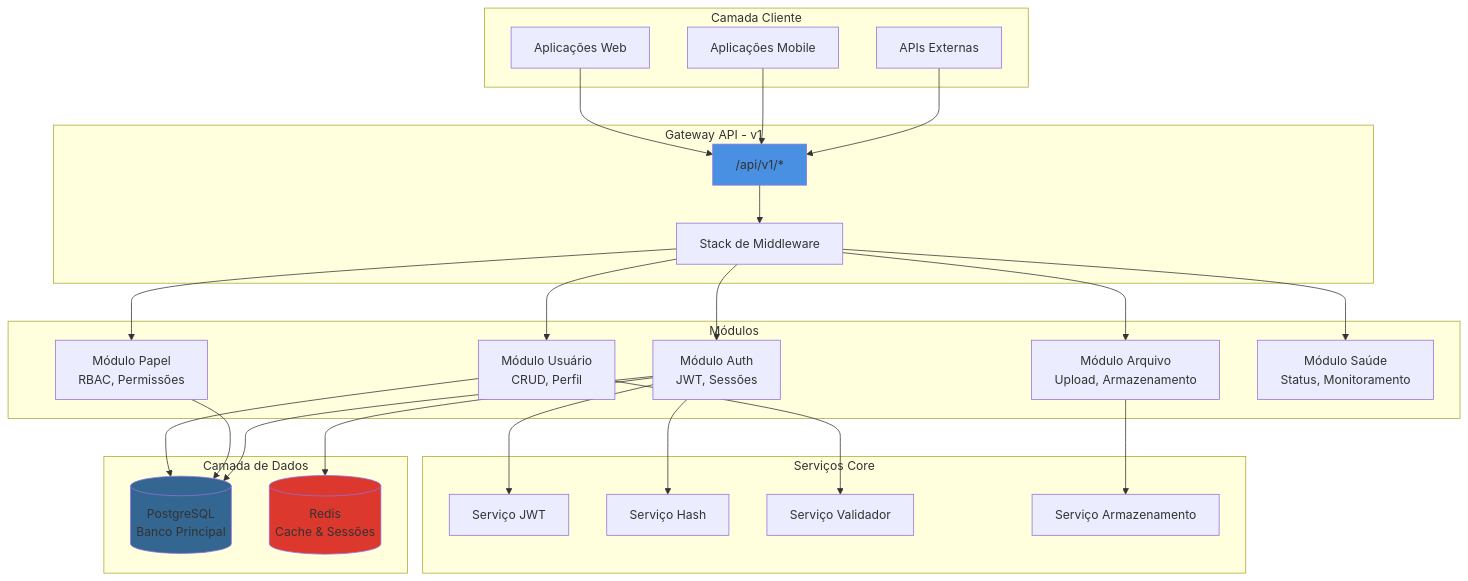
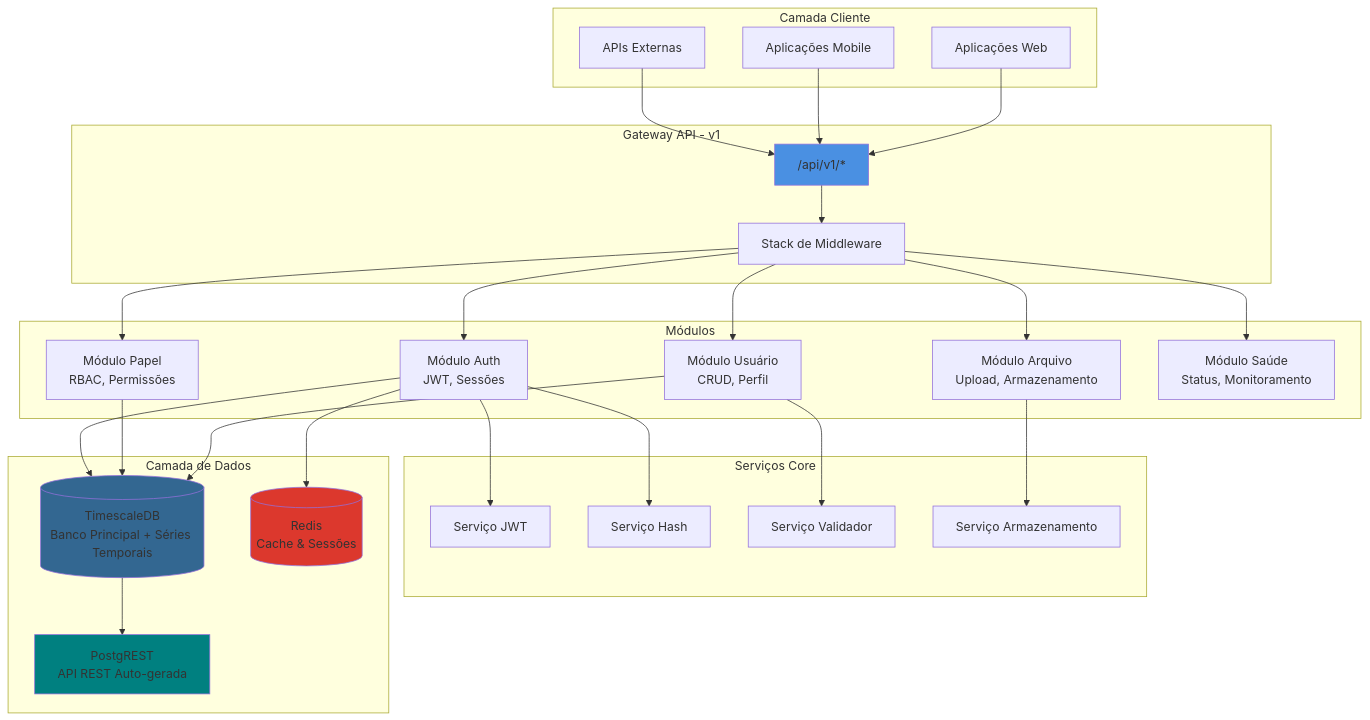
The first of 6 diagrams in README-pt.md (gabrielmaialva33/base-acl-api), drawn with Mermaid before and after one commit. The commit also changed other lines of this file and 1 other file, not shown here.

Commit message:
chore(docs): update README and README-pt with TimescaleDB and PostgREST
Updated architectural diagrams and documentation in both `README.md` and `README-pt.md` to reflect the migration to TimescaleDB and the integration of PostgREST. Added details on time-series capabilities, auto-generated REST API support, and updated feature descriptions for clarity.

````diff
--- a/README-pt.md
+++ b/README-pt.md
@@ -43,58 +43,62 @@
 ```mermaid
 graph TB
     subgraph "Camada Cliente"
         WEB[Aplicações Web]
         MOB[Aplicações Mobile]
         API[APIs Externas]
     end
     
     subgraph "Gateway API - v1"
         ROUTES["/api/v1/*"]
         MW[Stack de Middleware]
     end
     
     subgraph "Módulos"
         AUTH[Módulo Auth<br/>JWT, Sessões]
         USER[Módulo Usuário<br/>CRUD, Perfil]
         ROLE[Módulo Papel<br/>RBAC, Permissões]
         FILE[Módulo Arquivo<br/>Upload, Armazenamento]
         HEALTH[Módulo Saúde<br/>Status, Monitoramento]
     end
     
     subgraph "Serviços Core"
         JWT[Serviço JWT]
         HASH[Serviço Hash]
         VALIDATOR[Serviço Validador]
         STORAGE[Serviço Armazenamento]
     end
     
     subgraph "Camada de Dados"
-        PG[(PostgreSQL<br/>Banco Principal)]
+        TS[(TimescaleDB<br/>Banco Principal + Séries Temporais)]
         REDIS[(Redis<br/>Cache & Sessões)]
+        PGREST[PostgREST<br/>API REST Auto-gerada]
     end
     
     WEB --> ROUTES
     MOB --> ROUTES
     API --> ROUTES
     
     ROUTES --> MW
     MW --> AUTH
     MW --> USER
     MW --> ROLE
     MW --> FILE
     MW --> HEALTH
     
     AUTH --> JWT
     AUTH --> HASH
     USER --> VALIDATOR
     FILE --> STORAGE
     
-    USER --> PG
-    ROLE --> PG
-    AUTH --> PG
+    USER --> TS
+    ROLE --> TS
+    AUTH --> TS
     AUTH --> REDIS
     
+    TS --> PGREST
+    
     style ROUTES fill:#4A90E2
-    style PG fill:#336791
+    style TS fill:#336791
     style REDIS fill:#DC382D
+    style PGREST fill:#008080
 ```
````
